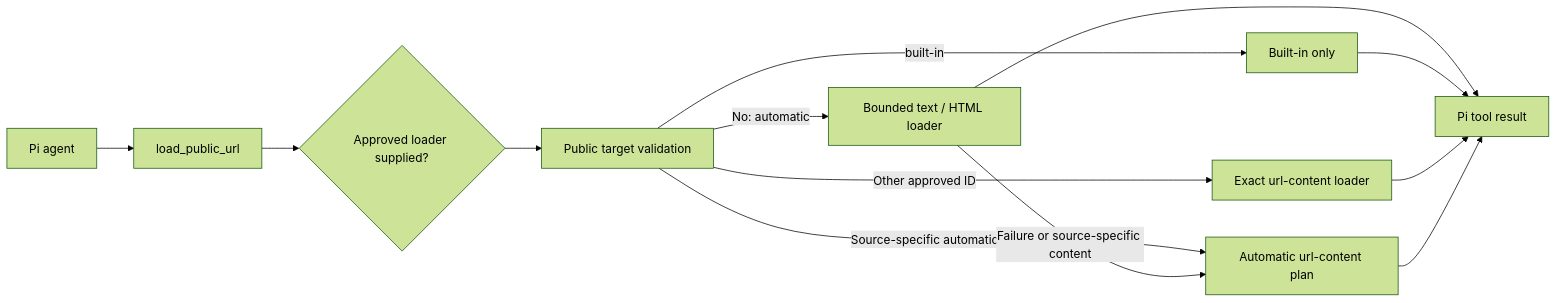
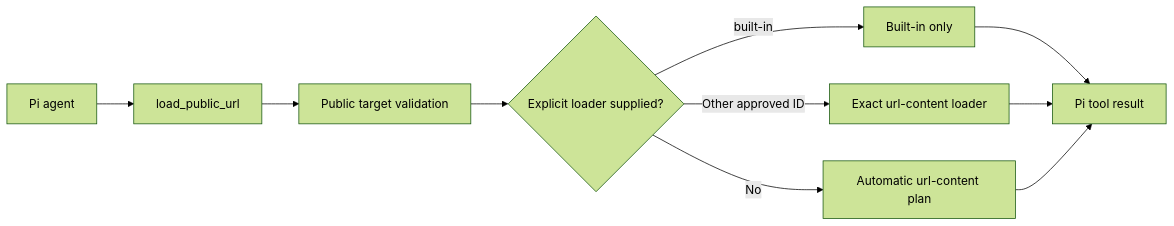
The diagram in packages/url-tool/README.md (narumiruna/sumire), drawn with Mermaid (forest theme) before and after one commit. The commit also changed other lines of this file and 5 other files, not shown here.

Commit message:
fix(url-tool): delegate automatic URL loading to url-content

````diff
--- a/packages/url-tool/README.md
+++ b/packages/url-tool/README.md
@@ -45,15 +47,12 @@
 ```mermaid
 flowchart LR
     Agent[Pi agent] --> Tool[load_public_url]
-    Tool --> Allowed{Approved loader supplied?}
-    Allowed --> Check[Public target validation]
-    Check -->|No: automatic| BuiltIn[Bounded text / HTML loader]
-    Check -->|built-in| BuiltInOnly[Built-in only]
-    Check -->|Other approved ID| Explicit[Exact url-content loader]
-    Check -->|Source-specific automatic| Fallback[Automatic url-content plan]
-    BuiltIn -->|Failure or source-specific content| Fallback
+    Tool --> Check[Public target validation]
+    Check --> Select{Explicit loader supplied?}
+    Select -->|No| Auto[Automatic url-content plan]
+    Select -->|built-in| BuiltIn[Built-in only]
+    Select -->|Other approved ID| Explicit[Exact url-content loader]
     BuiltIn --> Result[Pi tool result]
-    BuiltInOnly --> Result
     Explicit --> Result
-    Fallback --> Result
+    Auto --> Result
 ```
````
